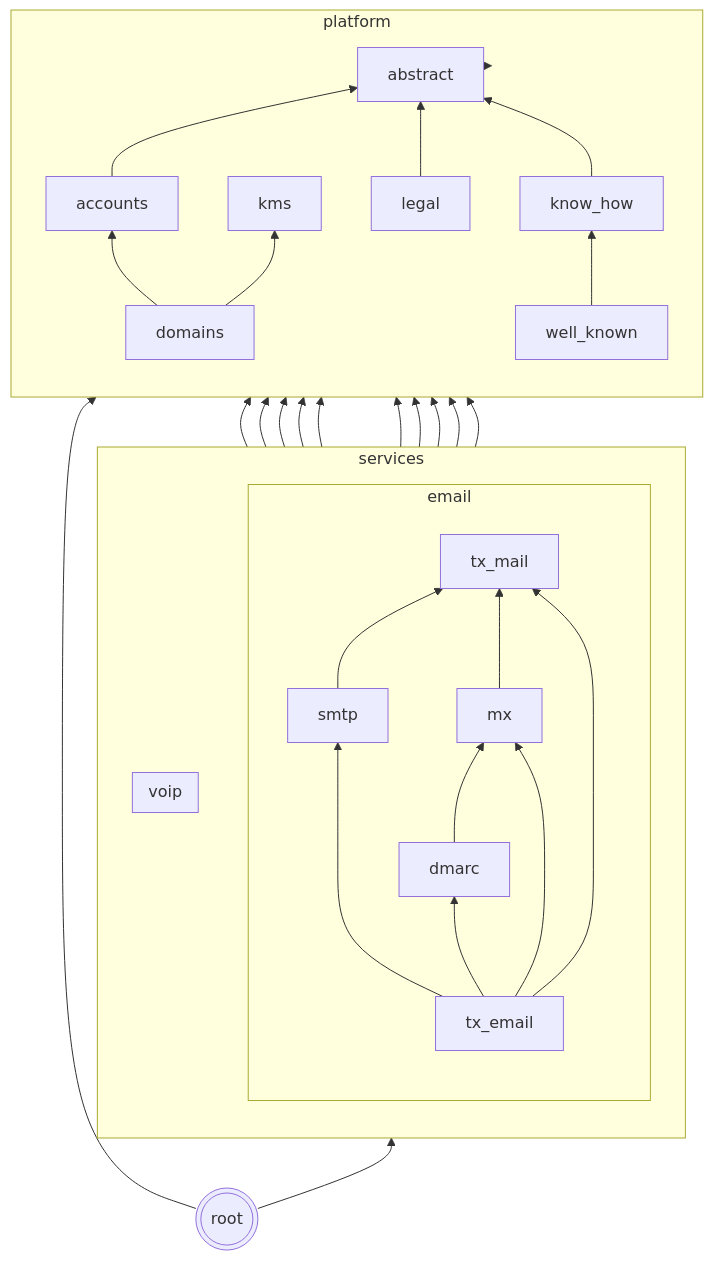
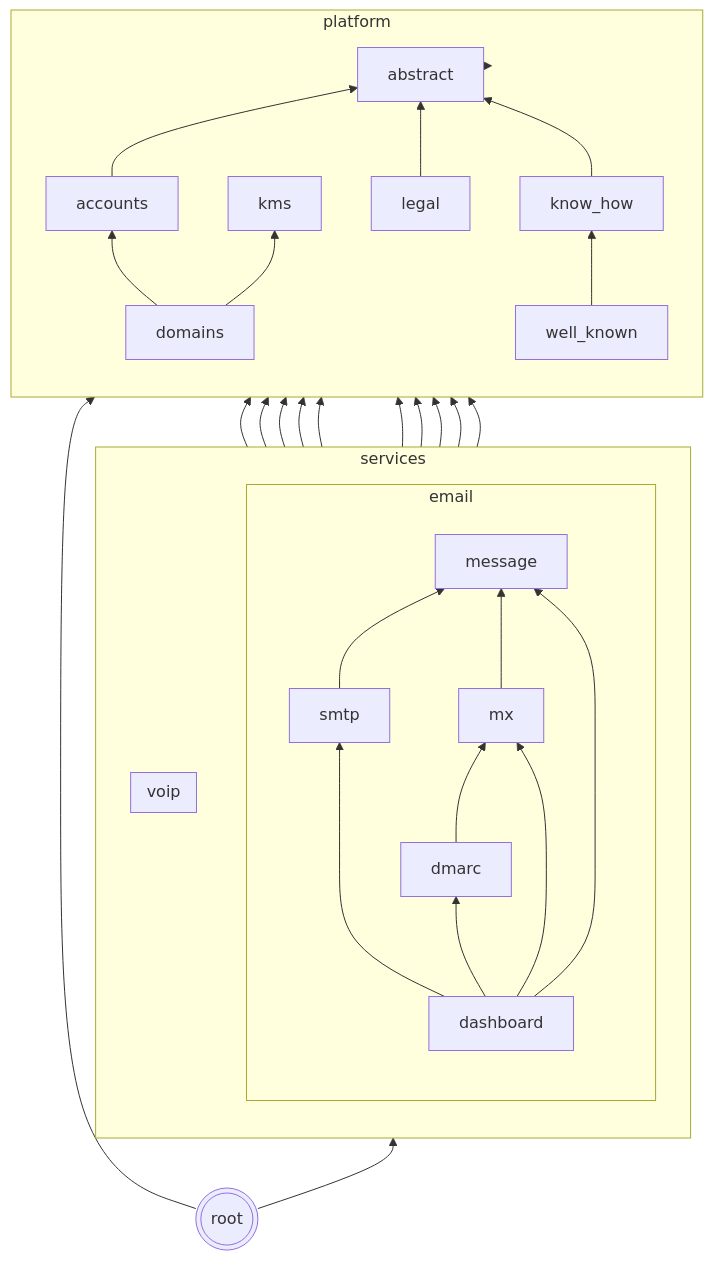
The diagram in README.md (codingjoe/relay), drawn with Mermaid before and after one commit. The commit also changed 156 other files, not shown here.

````diff
--- a/README.md
+++ b/README.md
@@ -144,54 +144,54 @@
 ```mermaid
 graph BT
  abstract[abstract];
  kms[kms];
  subgraph platform
  direction BT
  accounts
  domains
  know_how[know_how]
  legal
  well_known[well_known]
  domains --> accounts
  accounts --> abstract
  domains --> kms
  legal --> abstract
  know_how --> abstract
  well_known --> know_how
  end
  subgraph services
  direction BT
  subgraph email
  direction BT
- tx_email[tx_email]
- tx_mail[tx_mail]
+ dashboard[dashboard]
+ message[message]
  smtp
  mx
  dmarc
- tx_mail --> accounts
- smtp --> tx_mail
+ message --> accounts
+ smtp --> message
  smtp --> accounts
  smtp --> domains
  smtp --> kms
- mx --> tx_mail
+ mx --> message
  mx --> accounts
  mx --> domains
  mx --> kms
  dmarc --> accounts
  dmarc --> domains
  dmarc --> mx
- tx_email --> tx_mail
- tx_email --> smtp
- tx_email --> mx
- tx_email --> dmarc
+ dashboard --> message
+ dashboard --> smtp
+ dashboard --> mx
+ dashboard --> dmarc
  end
  subgraph voip
  direction BT
  end
  end
  services --> platform;
  platform --> abstract;
  root --> services;
  root --> platform;
  root(((root)))
 ```
````
